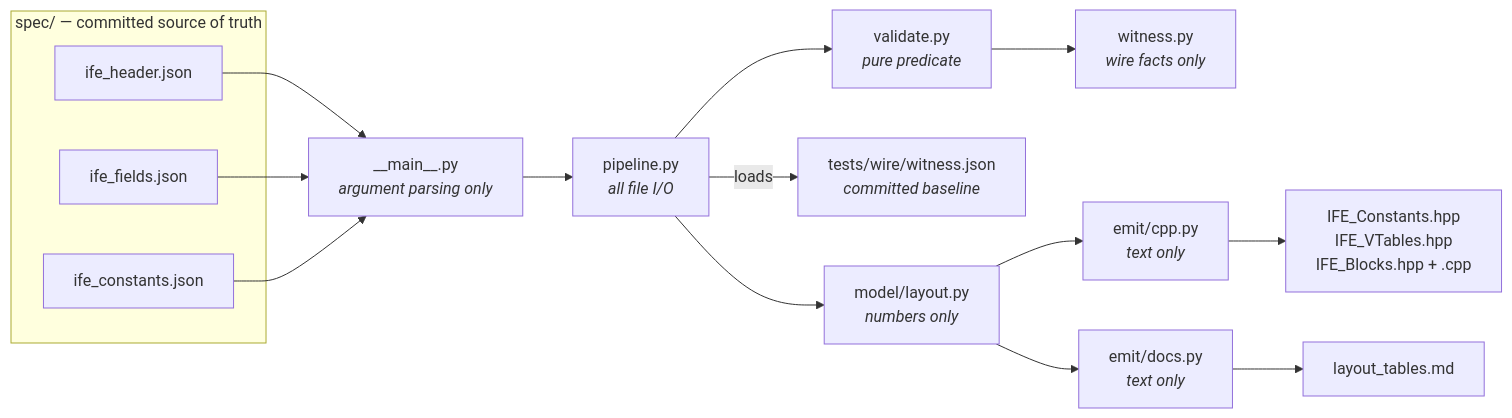
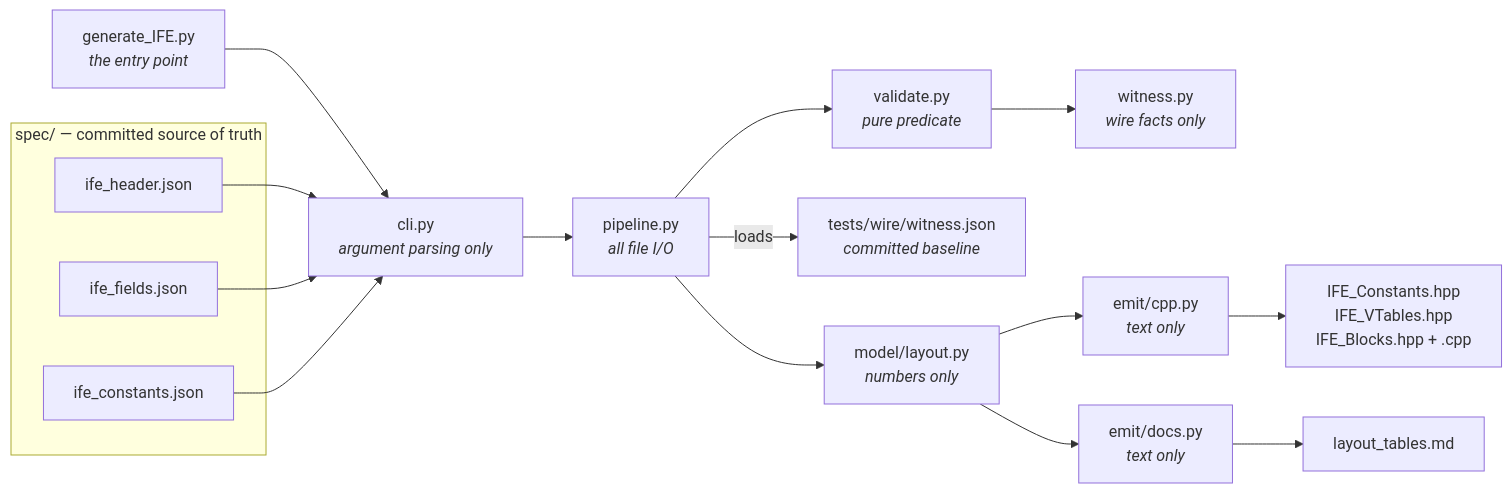
One commit to Aptix-Bio/Iris-File-Extension changed the diagram in generator/README.md. Above: the diagram before and after it, drawn with Mermaid. The commit also changed other lines of this file and 31 other files, not shown here.

````diff
--- a/generator/README.md
+++ b/generator/README.md
@@ -69,18 +113,19 @@
 ```mermaid
 flowchart LR
     subgraph src["spec/ — committed source of truth"]
         H[ife_header.json]
         F[ife_fields.json]
         C[ife_constants.json]
     end
-    H & F & C --> M[__main__.py<br/><i>argument parsing only</i>]
+    E[generate_IFE.py<br/><i>the entry point</i>] --> M[cli.py<br/><i>argument parsing only</i>]
+    H & F & C --> M
     M --> P[pipeline.py<br/><i>all file I/O</i>]
     P --> V[validate.py<br/><i>pure predicate</i>]
     V --> W[witness.py<br/><i>wire facts only</i>]
     P -->|loads| B[tests/wire/witness.json<br/><i>committed baseline</i>]
     P --> L[model/layout.py<br/><i>numbers only</i>]
     L --> CPP[emit/cpp.py<br/><i>text only</i>]
     L --> DOC[emit/docs.py<br/><i>text only</i>]
     CPP --> O1[IFE_Constants.hpp<br/>IFE_VTables.hpp<br/>IFE_Blocks.hpp + .cpp]
     DOC --> O2[layout_tables.md]
 ```
````
